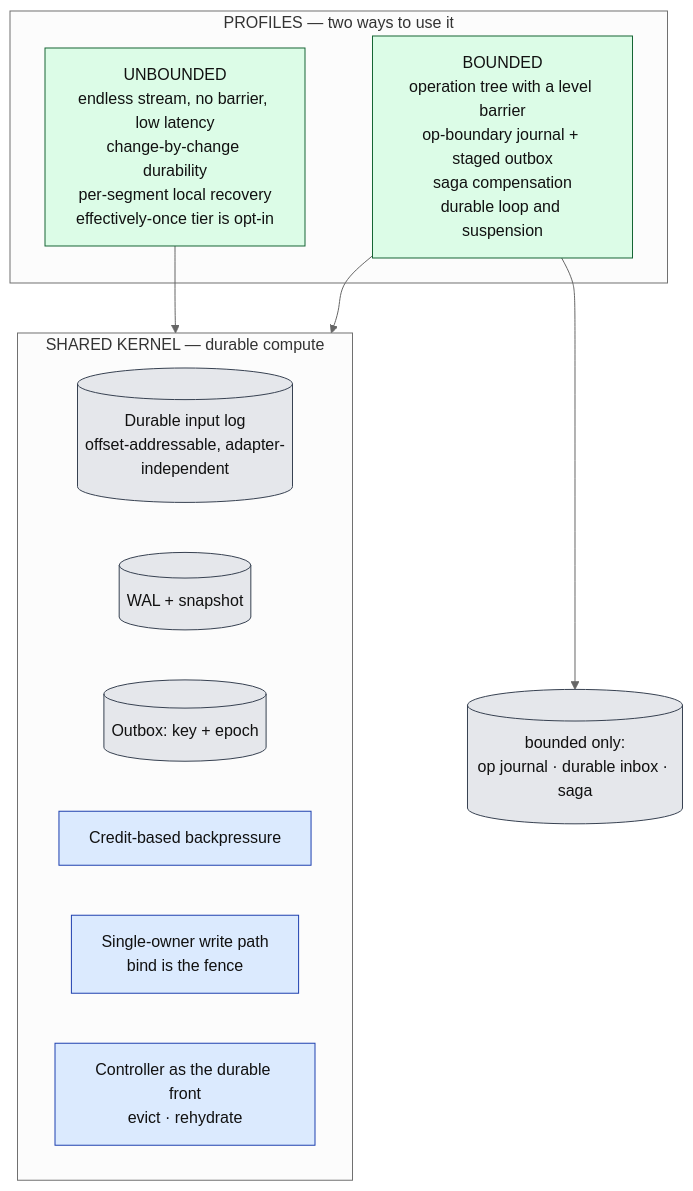
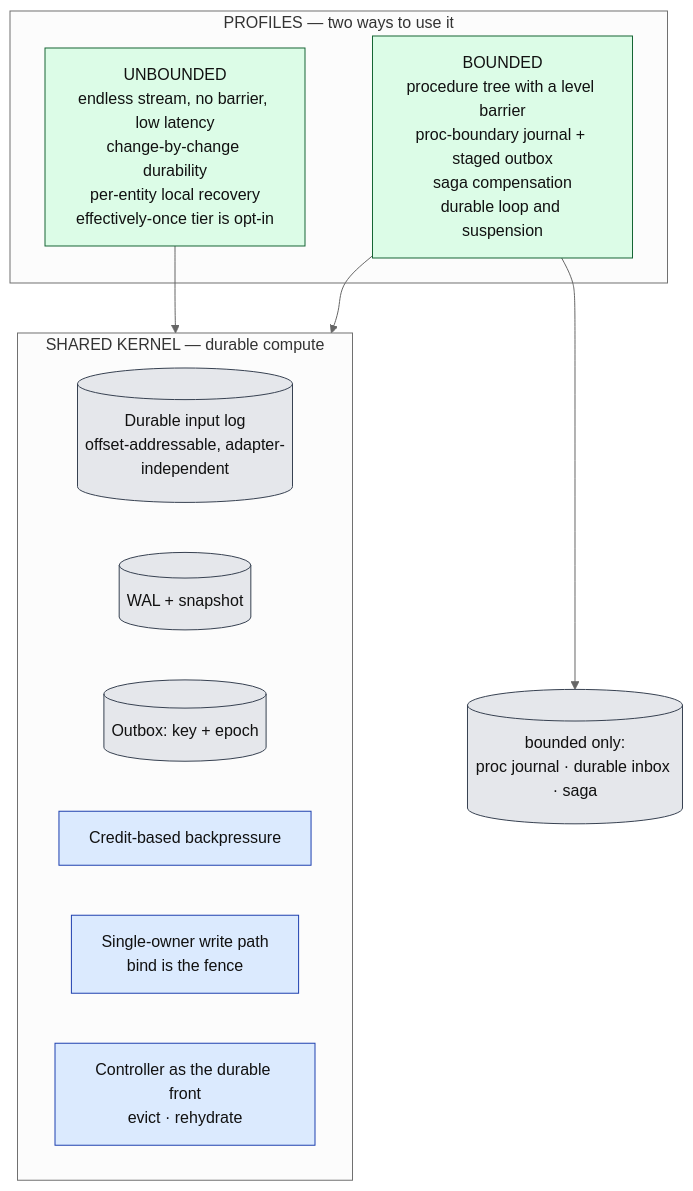
One commit to Flezha/flezha changed the fifth of 9 diagrams in docs/architecture/README.md. Above: the diagram before and after it, drawn with Mermaid (neutral theme). The commit also changed other lines of this file and 658 other files, not shown here.

````diff
--- a/docs/architecture/README.md
+++ b/docs/architecture/README.md
@@ -150,24 +221,24 @@
 ```mermaid
 flowchart TB
     subgraph PROF["PROFILES — two ways to use it"]
-        UNB["UNBOUNDED<br/>endless stream, no barrier, low latency<br/>change-by-change durability<br/>per-segment local recovery<br/>effectively-once tier is opt-in"]:::exec
-        BND["BOUNDED<br/>operation tree with a level barrier<br/>op-boundary journal + staged outbox<br/>saga compensation<br/>durable loop and suspension"]:::exec
+        UNB["UNBOUNDED<br/>endless stream, no barrier, low latency<br/>change-by-change durability<br/>per-entity local recovery<br/>effectively-once tier is opt-in"]:::exec
+        BND["BOUNDED<br/>procedure tree with a level barrier<br/>proc-boundary journal + staged outbox<br/>saga compensation<br/>durable loop and suspension"]:::exec
     end
     subgraph KERN["SHARED KERNEL — durable compute"]
         K1[("Durable input log<br/>offset-addressable, adapter-independent")]:::store
         K2[("WAL + snapshot")]:::store
         K3[("Outbox: key + epoch")]:::store
         K4["Credit-based backpressure"]:::ctrl
         K5["Single-owner write path<br/>bind is the fence"]:::ctrl
         K6["Controller as the durable front<br/>evict · rehydrate"]:::ctrl
     end
-    BEXTRA[("bounded only:<br/>op journal · durable inbox · saga")]:::store
+    BEXTRA[("bounded only:<br/>proc journal · durable inbox · saga")]:::store
 
     UNB --> KERN
     BND --> KERN
     BND --> BEXTRA
 
     classDef ctrl fill:#dbeafe,stroke:#1e40af,color:#111
     classDef exec fill:#dcfce7,stroke:#166534,color:#111
     classDef store fill:#e5e7eb,stroke:#374151,color:#111
 ```
````
